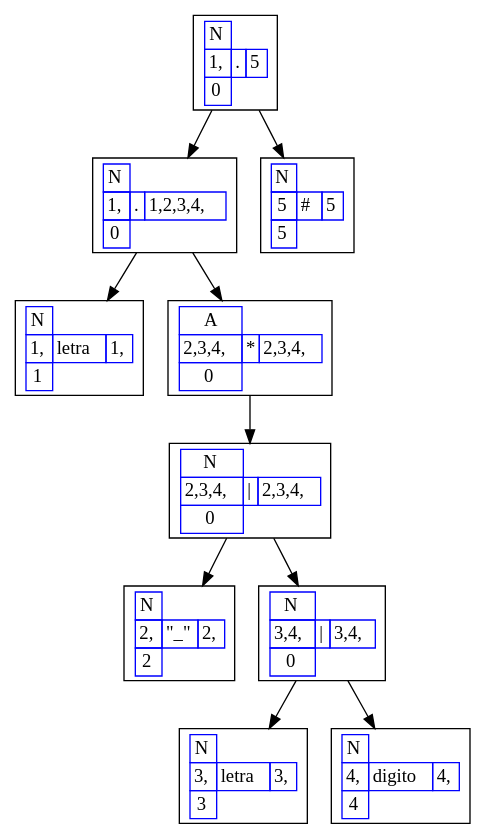
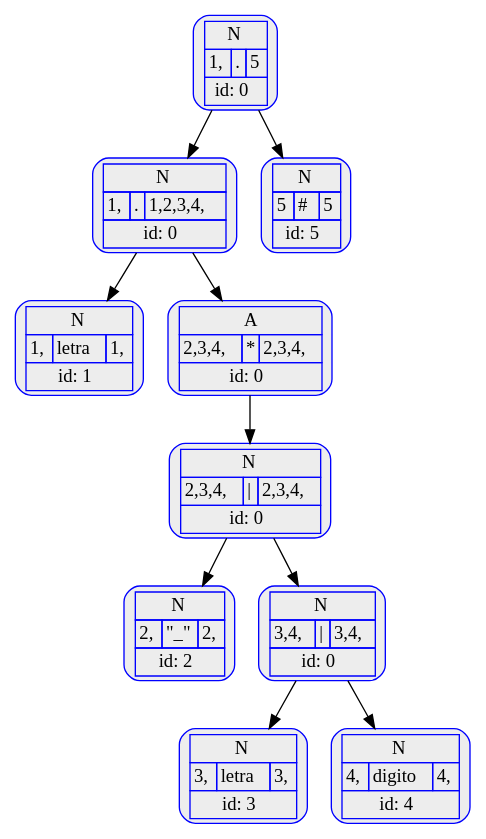
The diagram in src/ARBOLES_201902502/identificador.dot (Desconocido502/OLC1-proyecto1-201902502), drawn with Graphviz before and after one commit. The commit also changed 77 other files, not shown here.

```diff
--- a/src/ARBOLES_201902502/identificador.dot
+++ b/src/ARBOLES_201902502/identificador.dot
@@ -1,85 +1,85 @@
 digraph G{
 rankdir=UD
-node[shape=box]
+node[shape=box, color=black, style=filled, fillcolor=gray93record, color=blue ,style="rounded,filled", fillcolor=gray93];
 concentrate=true
 nodo10 [ label =< 
 <table border='0' cellborder='1' color='blue' cellspacing='0'>
-<tr><td>N</td></tr>
+<tr><td colspan="3">N</td></tr>
 <tr><td>1,</td><td>.</td><td>5</td></tr>
-<tr><td>0</td></tr> 
+<tr><td colspan="3">id: 0</td></tr> 
 </table>
 >];
 nodo8 [ label =< 
 <table border='0' cellborder='1' color='blue' cellspacing='0'>
-<tr><td>N</td></tr>
+<tr><td colspan="3">N</td></tr>
 <tr><td>1,</td><td>.</td><td>1,2,3,4,</td></tr>
-<tr><td>0</td></tr> 
+<tr><td colspan="3">id: 0</td></tr> 
 </table>
 >];
 nodo1 [ label =< 
 <table border='0' cellborder='1' color='blue' cellspacing='0'>
-<tr><td>N</td></tr>
+<tr><td colspan="3">N</td></tr>
 <tr><td>1,</td><td>letra</td><td>1,</td></tr>
-<tr><td>1</td></tr> 
+<tr><td colspan="3">id: 1</td></tr> 
 </table>
 >];
 nodo8->nodo1
 nodo7 [ label =< 
 <table border='0' cellborder='1' color='blue' cellspacing='0'>
-<tr><td>A</td></tr>
+<tr><td colspan="3">A</td></tr>
 <tr><td>2,3,4,</td><td>*</td><td>2,3,4,</td></tr>
-<tr><td>0</td></tr> 
+<tr><td colspan="3">id: 0</td></tr> 
 </table>
 >];
 nodo6 [ label =< 
 <table border='0' cellborder='1' color='blue' cellspacing='0'>
-<tr><td>N</td></tr>
+<tr><td colspan="3">N</td></tr>
 <tr><td>2,3,4,</td><td>|</td><td>2,3,4,</td></tr>
-<tr><td>0</td></tr> 
+<tr><td colspan="3">id: 0</td></tr> 
 </table>
 >];
 nodo2 [ label =< 
 <table border='0' cellborder='1' color='blue' cellspacing='0'>
-<tr><td>N</td></tr>
+<tr><td colspan="3">N</td></tr>
 <tr><td>2,</td><td>"_"</td><td>2,</td></tr>
-<tr><td>2</td></tr> 
+<tr><td colspan="3">id: 2</td></tr> 
 </table>
 >];
 nodo6->nodo2
 nodo5 [ label =< 
 <table border='0' cellborder='1' color='blue' cellspacing='0'>
-<tr><td>N</td></tr>
+<tr><td colspan="3">N</td></tr>
 <tr><td>3,4,</td><td>|</td><td>3,4,</td></tr>
-<tr><td>0</td></tr> 
+<tr><td colspan="3">id: 0</td></tr> 
 </table>
 >];
 nodo3 [ label =< 
 <table border='0' cellborder='1' color='blue' cellspacing='0'>
-<tr><td>N</td></tr>
+<tr><td colspan="3">N</td></tr>
 <tr><td>3,</td><td>letra</td><td>3,</td></tr>
-<tr><td>3</td></tr> 
+<tr><td colspan="3">id: 3</td></tr> 
 </table>
 >];
 nodo5->nodo3
 nodo4 [ label =< 
 <table border='0' cellborder='1' color='blue' cellspacing='0'>
-<tr><td>N</td></tr>
+<tr><td colspan="3">N</td></tr>
 <tr><td>4,</td><td>digito</td><td>4,</td></tr>
-<tr><td>4</td></tr> 
+<tr><td colspan="3">id: 4</td></tr> 
 </table>
 >];
 nodo5->nodo4
 nodo6->nodo5
 nodo7->nodo6
 nodo8->nodo7
 nodo10->nodo8
 nodo9 [ label =< 
 <table border='0' cellborder='1' color='blue' cellspacing='0'>
-<tr><td>N</td></tr>
+<tr><td colspan="3">N</td></tr>
 <tr><td>5</td><td>#</td><td>5</td></tr>
-<tr><td>5</td></tr> 
+<tr><td colspan="3">id: 5</td></tr> 
 </table>
 >];
 nodo10->nodo9
 
 }
```
